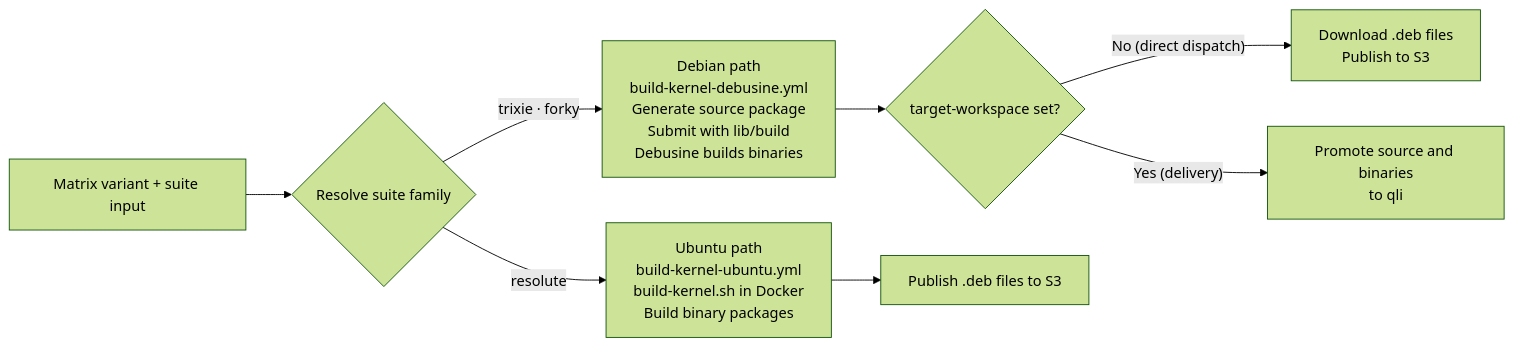
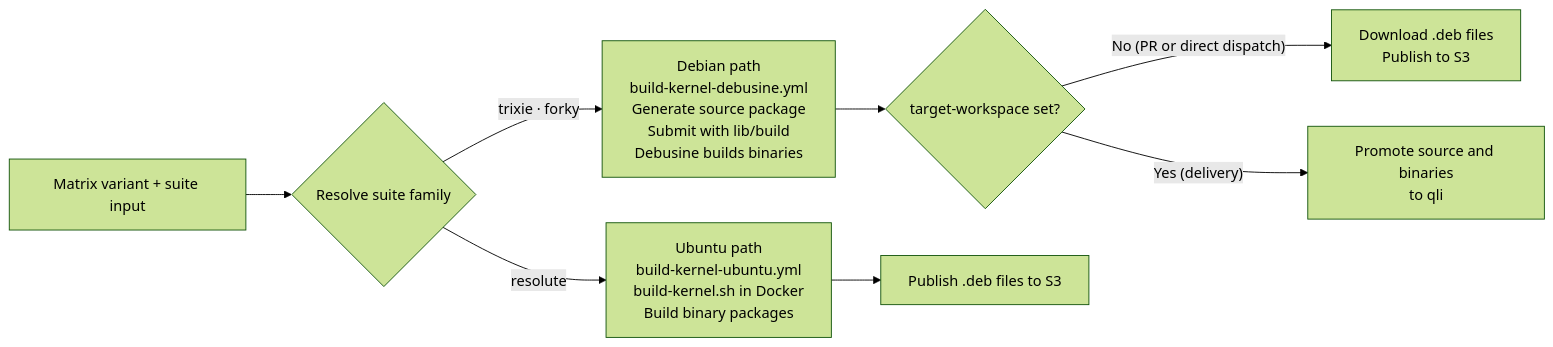
Before and after one commit to qualcomm-linux/pkg-linux-qcom: the first of 6 diagrams in README.md, drawn with Mermaid (forest theme). The commit also changed other lines of this file and 3 other files, not shown here.

````diff
--- a/README.md
+++ b/README.md
@@ -230,12 +259,12 @@
 ```mermaid
 flowchart LR
     IN["Matrix variant + suite input"] --> R{"Resolve suite family"}
 
     R -->|"trixie · forky"| DEB["Debian path\nbuild-kernel-debusine.yml\nGenerate source package\nSubmit with lib/build\nDebusine builds binaries"]
     R -->|"resolute"| UBU["Ubuntu path\nbuild-kernel-ubuntu.yml\nbuild-kernel.sh in Docker\nBuild binary packages"]
 
     DEB --> DOUT{"target-workspace set?"}
-    DOUT -->|"No (direct dispatch)"| S3["Download .deb files\nPublish to S3"]
+    DOUT -->|"No (PR or direct dispatch)"| S3["Download .deb files\nPublish to S3"]
     DOUT -->|"Yes (delivery)"| QLI["Promote source and binaries\nto qli"]
     UBU --> US3["Publish .deb files to S3"]
 ```
````
